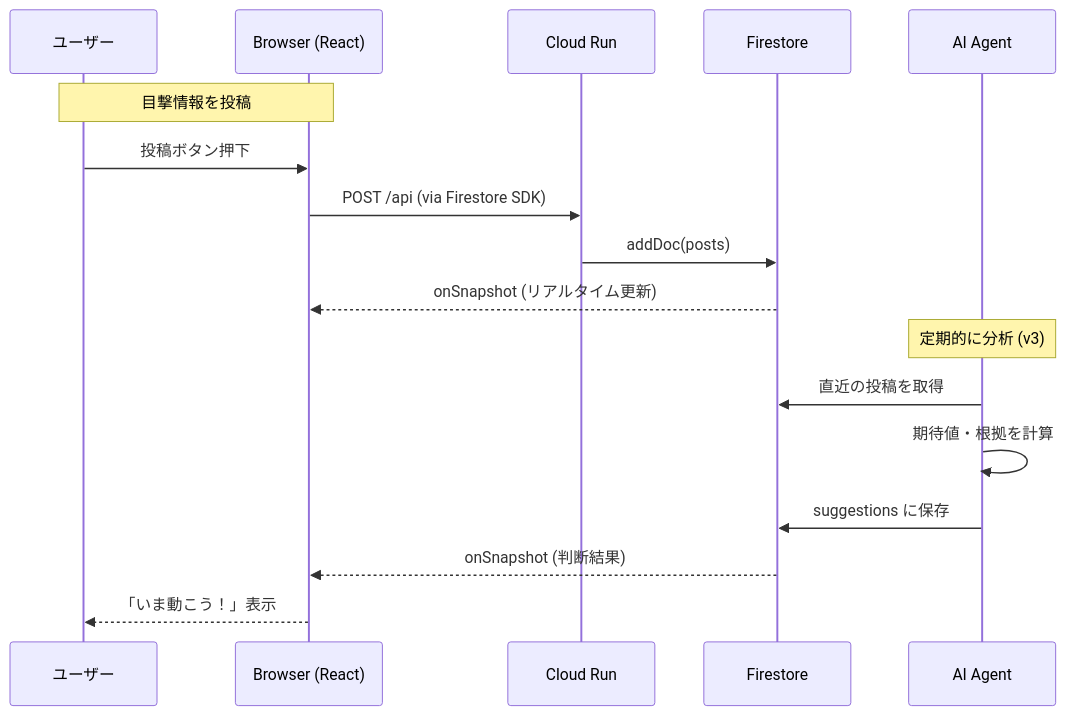
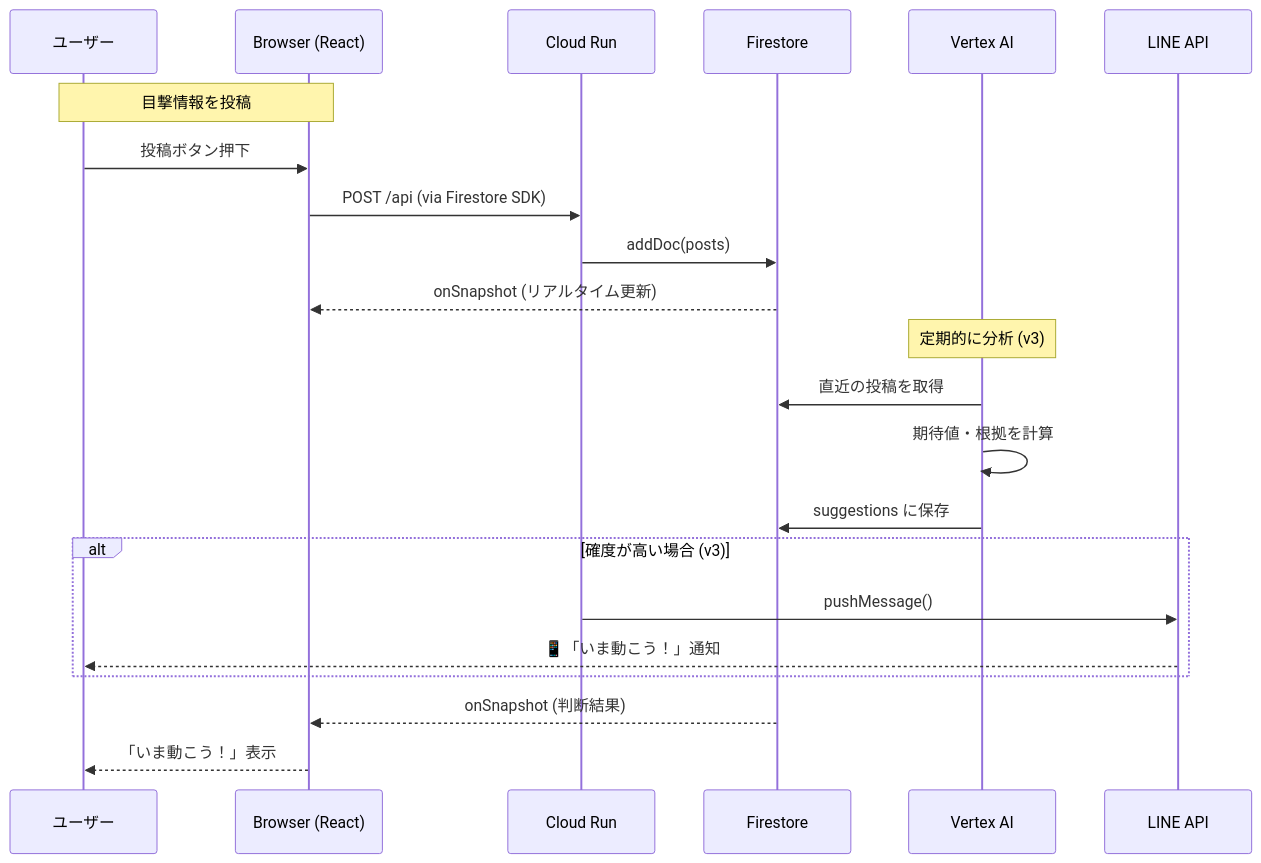
Before and after one commit to nekoai-lab/tsugi-no-tokimeki: the second of 5 diagrams in README.md, drawn with Mermaid. The commit also changed other lines of this file, not shown here.

Commit message:
docs: Update architecture and sequence diagrams with LINE/FCM/AI

````diff
--- a/README.md
+++ b/README.md
@@ -89,22 +98,28 @@
 ```mermaid
 sequenceDiagram
     participant User as ユーザー
     participant UI as Browser (React)
     participant Run as Cloud Run
     participant FS as Firestore
-    participant AI as AI Agent
+    participant AI as Vertex AI
+    participant LINE as LINE API
 
     Note over User, UI: 目撃情報を投稿
     User->>UI: 投稿ボタン押下
     UI->>Run: POST /api (via Firestore SDK)
     Run->>FS: addDoc(posts)
     FS-->>UI: onSnapshot (リアルタイム更新)
     
     Note over AI: 定期的に分析 (v3)
     AI->>FS: 直近の投稿を取得
     AI->>AI: 期待値・根拠を計算
     AI->>FS: suggestions に保存
     
+    alt 確度が高い場合 (v3)
+        Run->>LINE: pushMessage()
+        LINE-->>User: 📱「いま動こう！」通知
+    end
+    
     FS-->>UI: onSnapshot (判断結果)
     UI-->>User: 「いま動こう！」表示
 ```
````
